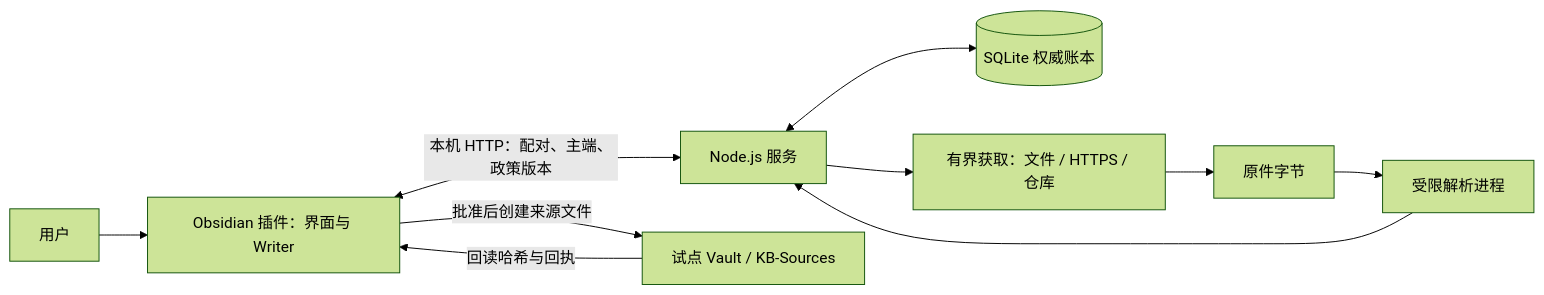
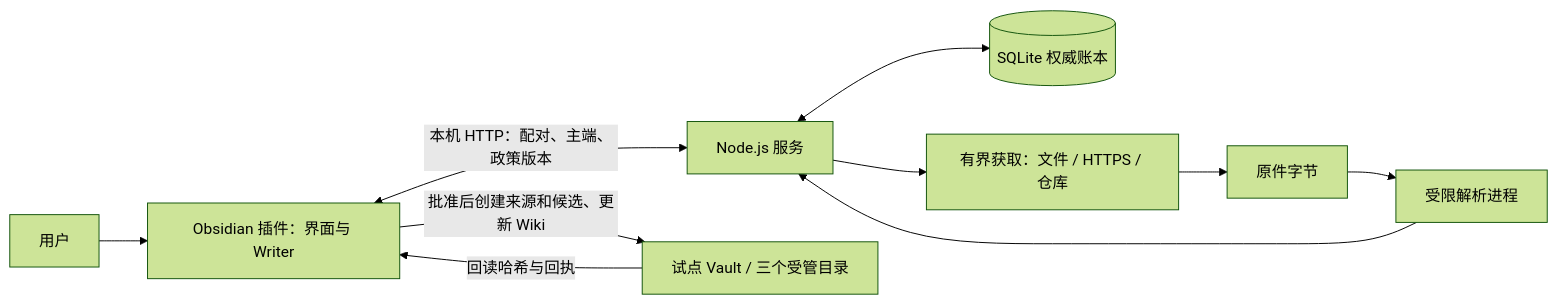
One commit to liuxing95/repository changed the first of 2 diagrams in docs/development/onboarding.md. Above: the diagram before and after it, drawn with Mermaid (forest theme). The commit also changed other lines of this file and 51 other files, not shown here.

````diff
--- a/docs/development/onboarding.md
+++ b/docs/development/onboarding.md
@@ -128,12 +129,12 @@
 ```mermaid
 flowchart LR
   User[用户] --> Plugin[Obsidian 插件：界面与 Writer]
   Plugin <-->|本机 HTTP：配对、主端、政策版本| Service[Node.js 服务]
   Service <--> DB[(SQLite 权威账本)]
   Service --> Fetch[有界获取：文件 / HTTPS / 仓库]
   Fetch --> Raw[原件字节]
   Raw --> Parser[受限解析进程]
   Parser --> Service
-  Plugin -->|批准后创建来源文件| Vault[试点 Vault / KB-Sources]
+  Plugin -->|批准后创建来源和候选、更新 Wiki| Vault[试点 Vault / 三个受管目录]
   Vault -->|回读哈希与回执| Plugin
 ```
````
